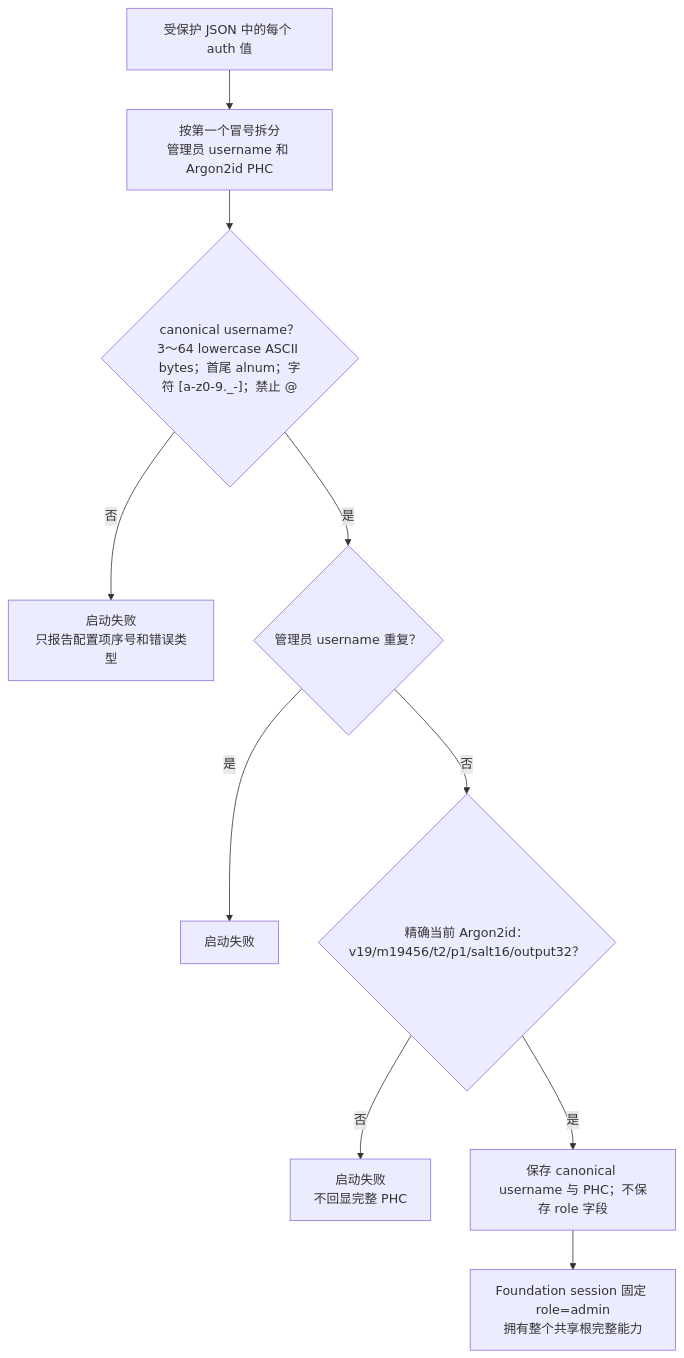
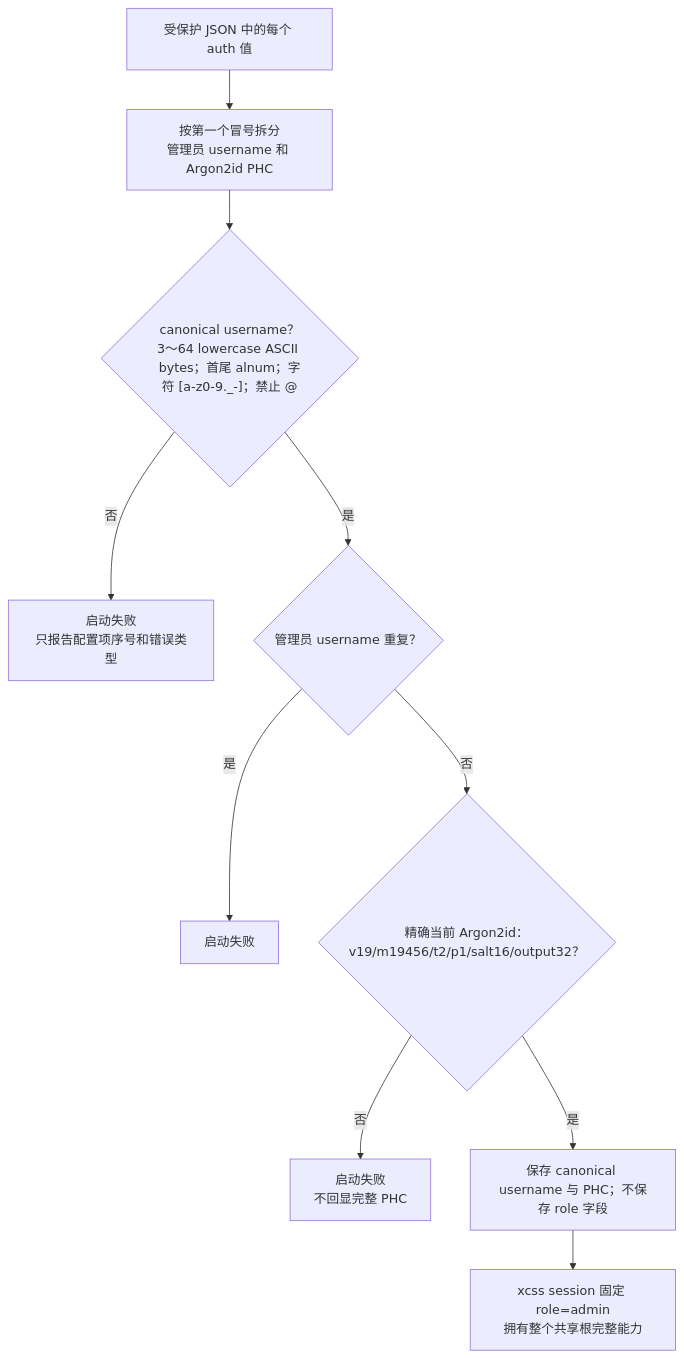
The first of 17 diagrams in docs/project-workflow.md (isarmg/dufs-ram-server), drawn with Mermaid before and after one commit. The commit also changed other lines of this file and 186 other files, not shown here.

````diff
--- a/docs/project-workflow.md
+++ b/docs/project-workflow.md
@@ -44,12 +44,12 @@
 ```mermaid
 flowchart TD
     RAW["受保护 JSON 中的每个 auth 值"] --> SPLIT["按第一个冒号拆分<br/>管理员 username 和 Argon2id PHC"]
     SPLIT --> USERNAME{"canonical username？<br/>3～64 lowercase ASCII bytes；首尾 alnum；字符 [a-z0-9._-]；禁止 @"}
     USERNAME -- 否 --> ERROR1["启动失败<br/>只报告配置项序号和错误类型"]
     USERNAME -- 是 --> DUP{"管理员 username 重复？"}
     DUP -- 是 --> ERROR2["启动失败"]
     DUP -- 否 --> PHC{"精确当前 Argon2id：<br/>v19/m19456/t2/p1/salt16/output32？"}
     PHC -- 否 --> ERROR3["启动失败<br/>不回显完整 PHC"]
     PHC -- 是 --> STORE["保存 canonical username 与 PHC；不保存 role 字段"]
-    STORE --> FULL["Foundation session 固定 role=admin<br/>拥有整个共享根完整能力"]
+    STORE --> FULL["xcss session 固定 role=admin<br/>拥有整个共享根完整能力"]
 ```
````
